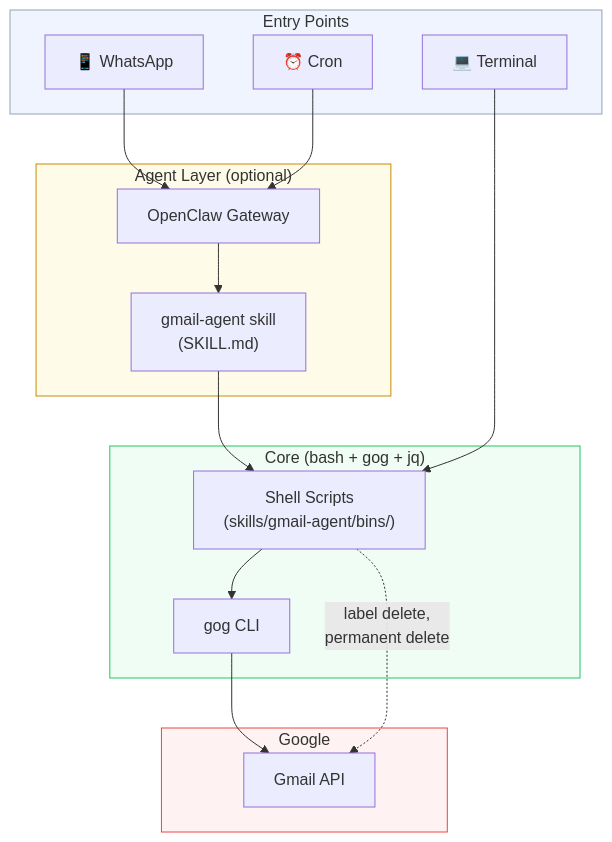
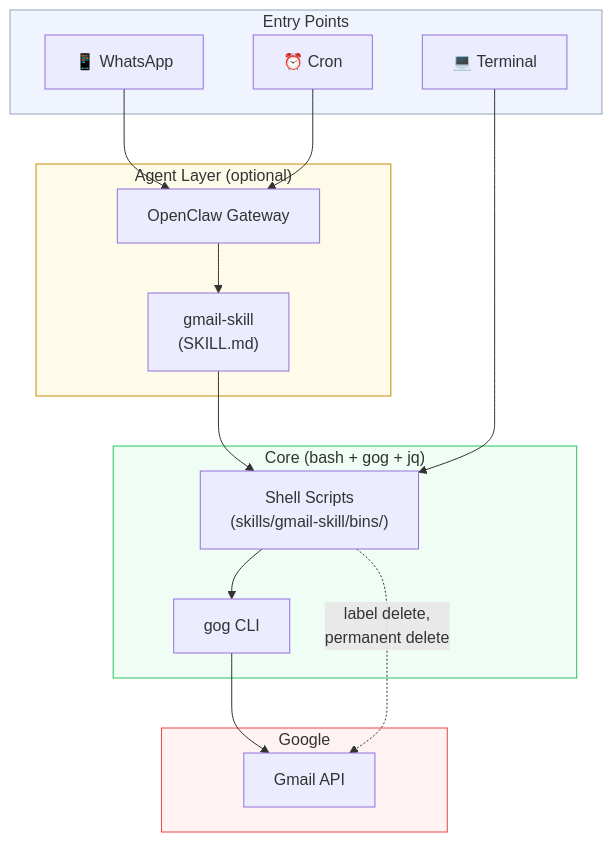
The diagram in README.md (r39132/gmail-agent), drawn with Mermaid before and after one commit. The commit also changed other lines of this file and 20 other files, not shown here.

Commit message:
Rename gmail-agent to gmail-skill across entire project

````diff
--- a/README.md
+++ b/README.md
@@ -171,34 +171,34 @@
 ```mermaid
 %%{init: {'theme':'default', 'themeVariables': {'fontSize':'16px'}}}%%
 flowchart TD
     subgraph entry ["Entry Points"]
         WA["📱 WhatsApp"]
         CLI["💻 Terminal"]
         Cron["⏰ Cron"]
     end
 
     subgraph agent ["Agent Layer (optional)"]
         OC["OpenClaw Gateway"]
-        Skill["gmail-agent skill\n(SKILL.md)"]
+        Skill["gmail-skill\n(SKILL.md)"]
     end
 
     subgraph core ["Core (bash + gog + jq)"]
-        Scripts["Shell Scripts\n(skills/gmail-agent/bins/)"]
+        Scripts["Shell Scripts\n(skills/gmail-skill/bins/)"]
         GOG["gog CLI"]
     end
 
     subgraph google ["Google"]
         API["Gmail API"]
     end
 
     WA --> OC --> Skill --> Scripts
     Cron --> OC
     CLI --> Scripts
     Scripts --> GOG --> API
     Scripts -.->|"label delete,\npermanent delete"| API
 
     style entry fill:#f0f4ff,stroke:#94a3b8
     style agent fill:#fefce8,stroke:#ca8a04
     style core fill:#f0fdf4,stroke:#22c55e
     style google fill:#fef2f2,stroke:#ef4444
 ```
````
